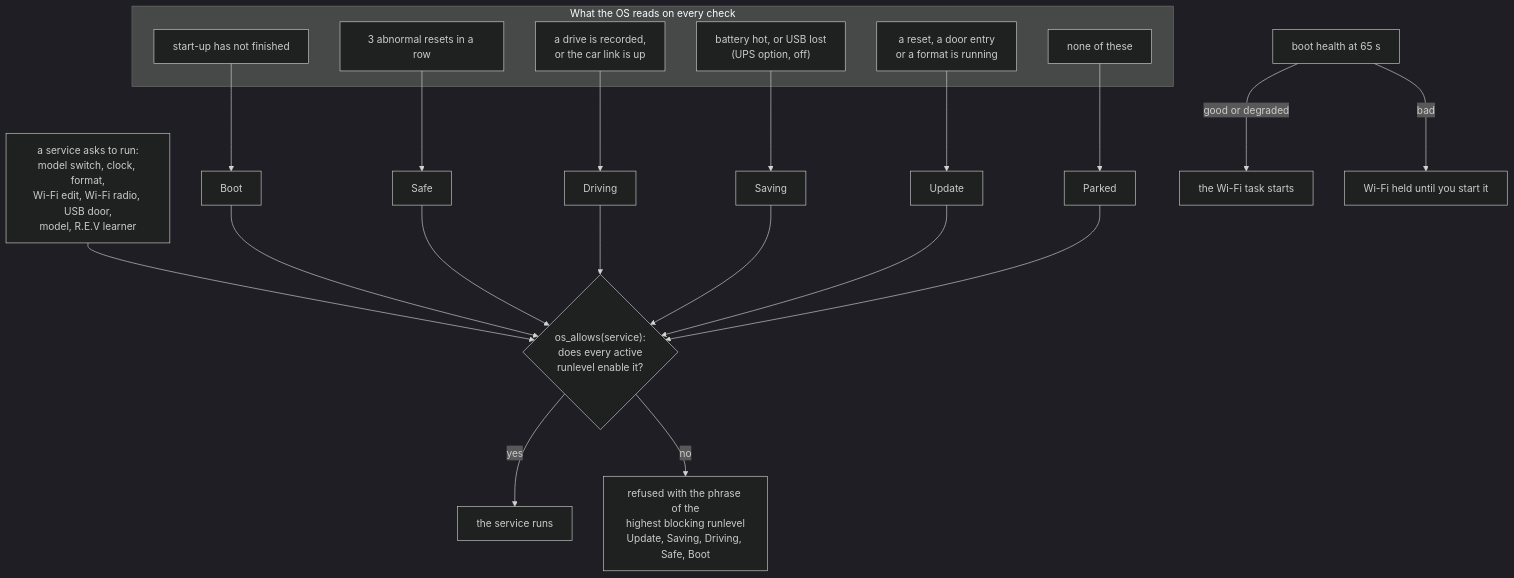
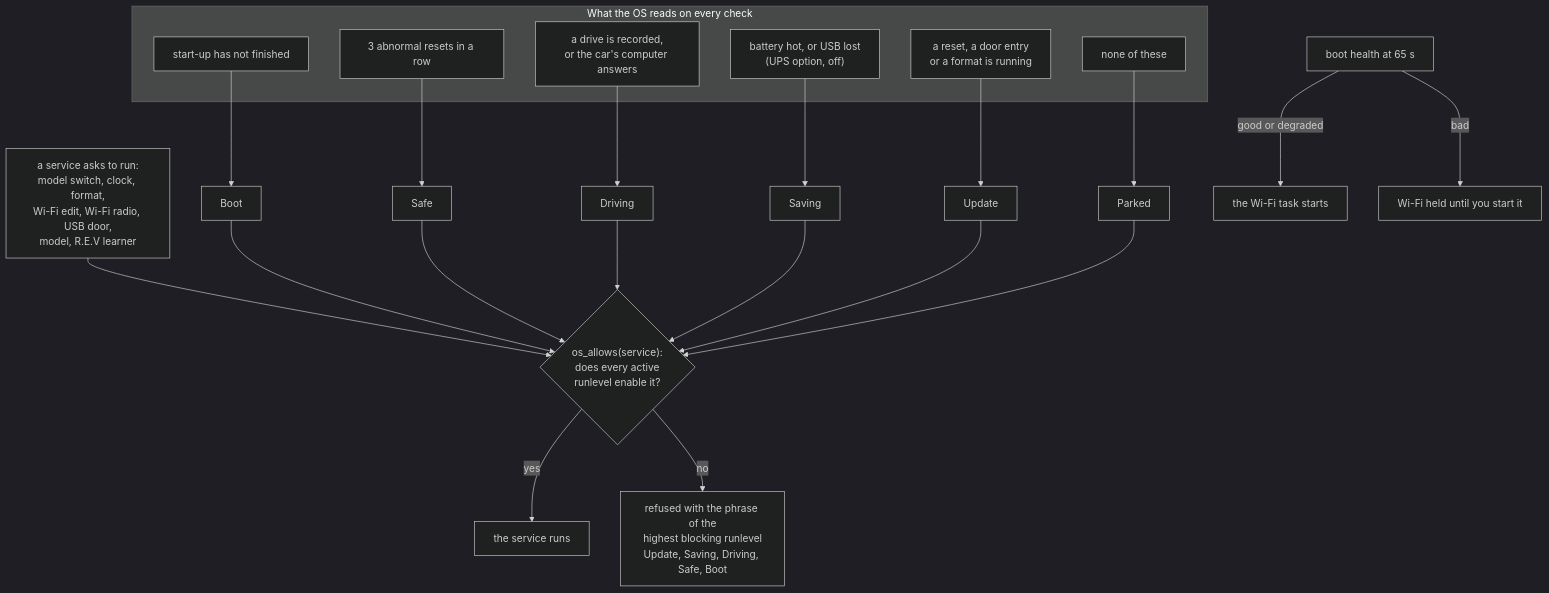
The diagram in README.md (AlveeeRahman/OpenCarMind), drawn with Mermaid (dark theme) before and after one commit. The commit also changed other lines of this file and 8 other files, not shown here.

````diff
--- a/README.md
+++ b/README.md
@@ -354,23 +355,23 @@
 ```mermaid
 flowchart TB
   subgraph inputs["What the OS reads on every check"]
     b["start-up has not finished"]
     s["3 abnormal resets in a row"]
-    d["a drive is recorded,<br/>or the car link is up"]
+    d["a drive is recorded,<br/>or the car's computer answers"]
     v["battery hot, or USB lost<br/>(UPS option, off)"]
     u["a reset, a door entry<br/>or a format is running"]
     n["none of these"]
   end
   b --> BOOT[Boot]
   s --> SAFE[Safe]
   d --> DRIVING[Driving]
   v --> SAVING[Saving]
   u --> UPDATE[Update]
   n --> PARKED[Parked]
   svc["a service asks to run:<br/>model switch, clock, format,<br/>Wi-Fi edit, Wi-Fi radio, USB door,<br/>model, R.E.V learner"] --> gate
   BOOT & SAFE & DRIVING & SAVING & UPDATE & PARKED --> gate{"os_allows(service):<br/>does every active<br/>runlevel enable it?"}
   gate -- yes --> run["the service runs"]
   gate -- no --> refuse["refused with the phrase of the<br/>highest blocking runlevel<br/>Update, Saving, Driving, Safe, Boot"]
   health["boot health at 65 s"] -- "good or degraded" --> wifi["the Wi-Fi task starts"]
   health -- bad --> held["Wi-Fi held until you start it"]
 ```
````
